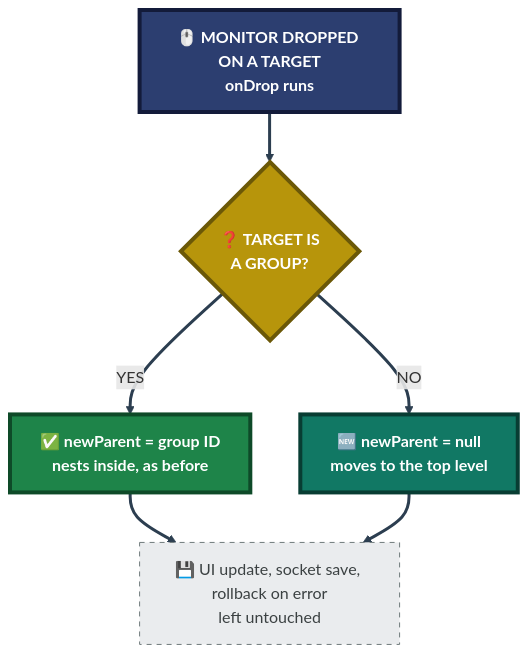
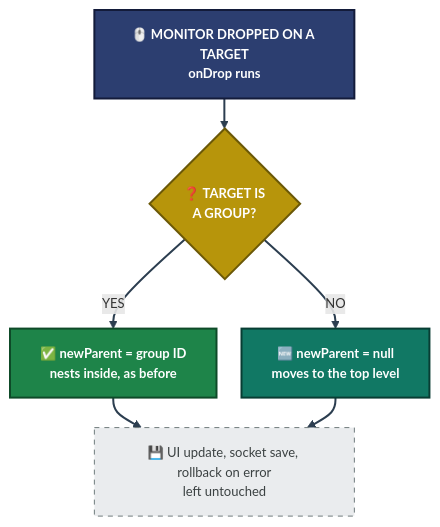
The third of 4 diagrams in project-4-uptime-kuma-open-source-contribution/README.md (malaika-azhar/Real-World-Tier2-Support-Projects), drawn with Mermaid before and after one commit. The commit also changed other lines of this file, not shown here.

````diff
--- a/project-4-uptime-kuma-open-source-contribution/README.md
+++ b/project-4-uptime-kuma-open-source-contribution/README.md
@@ -459,15 +461,16 @@
 ```mermaid
+%%{init: {'flowchart': {'nodeSpacing': 25, 'rankSpacing': 30, 'htmlLabels': true}, 'themeVariables': {'fontSize': '13px'}}}%%
 flowchart TB
     D["🖱️ MONITOR DROPPED ON A TARGET<br/>onDrop runs"]:::start --> Q{"❓ TARGET IS<br/>A GROUP?"}:::q
     Q -->|YES| Y["✅ newParent = group ID<br/>nests inside, as before"]:::ok
     Q -->|NO| N["🆕 newParent = null<br/>moves to the top level"]:::new
     Y --> R["💾 UI update, socket save, rollback on error<br/>left untouched"]:::same
     N --> R
 
-    classDef start fill:#2C3E70,stroke:#131B3A,stroke-width:4px,color:#FFFFFF,font-weight:bold
-    classDef q fill:#B7950B,stroke:#6B5807,stroke-width:4px,color:#FFFFFF,font-weight:bold
-    classDef ok fill:#1E8449,stroke:#0E4A28,stroke-width:4px,color:#FFFFFF,font-weight:bold
-    classDef new fill:#117864,stroke:#083D33,stroke-width:4px,color:#FFFFFF,font-weight:bold
+    classDef start fill:#2C3E70,stroke:#131B3A,stroke-width:2px,color:#FFFFFF,font-weight:bold
+    classDef q fill:#B7950B,stroke:#6B5807,stroke-width:2px,color:#FFFFFF,font-weight:bold
+    classDef ok fill:#1E8449,stroke:#0E4A28,stroke-width:2px,color:#FFFFFF,font-weight:bold
+    classDef new fill:#117864,stroke:#083D33,stroke-width:2px,color:#FFFFFF,font-weight:bold
     classDef same fill:#EAECEE,stroke:#707B7C,color:#3B4142,stroke-dasharray: 5 5
-    linkStyle default stroke:#2C3E50,stroke-width:3px
+    linkStyle default stroke:#2C3E50,stroke-width:2px
 ```
````
